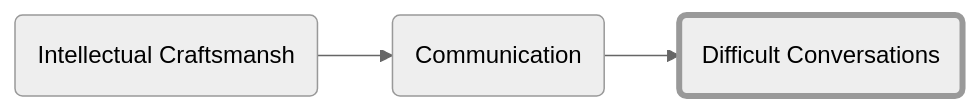
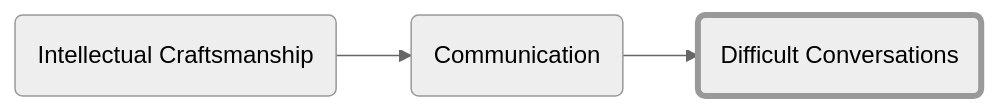
The diagram in _posts/2023-01-05-difficultconversations.md (forrestpitz/forrestpitz.github.io), drawn with Mermaid (neutral theme) before and after one commit. The commit also changed 21 other files, not shown here.

````diff
--- a/_posts/2023-01-05-difficultconversations.md
+++ b/_posts/2023-01-05-difficultconversations.md
@@ -12,9 +12,9 @@
 ```mermaid
 graph LR;
-  A(Intellectual Craftsmansh)-->B(Communication)-->C(Difficult Conversations)
+  A(Intellectual Craftsmanship)-->B(Communication)-->C(Difficult Conversations)
 
   style C stroke-width:4px
 
   click A "{% post_url 2023-01-05-intro %}"
   click B "{% post_url 2023-01-05-communication %}"
 ```
````
